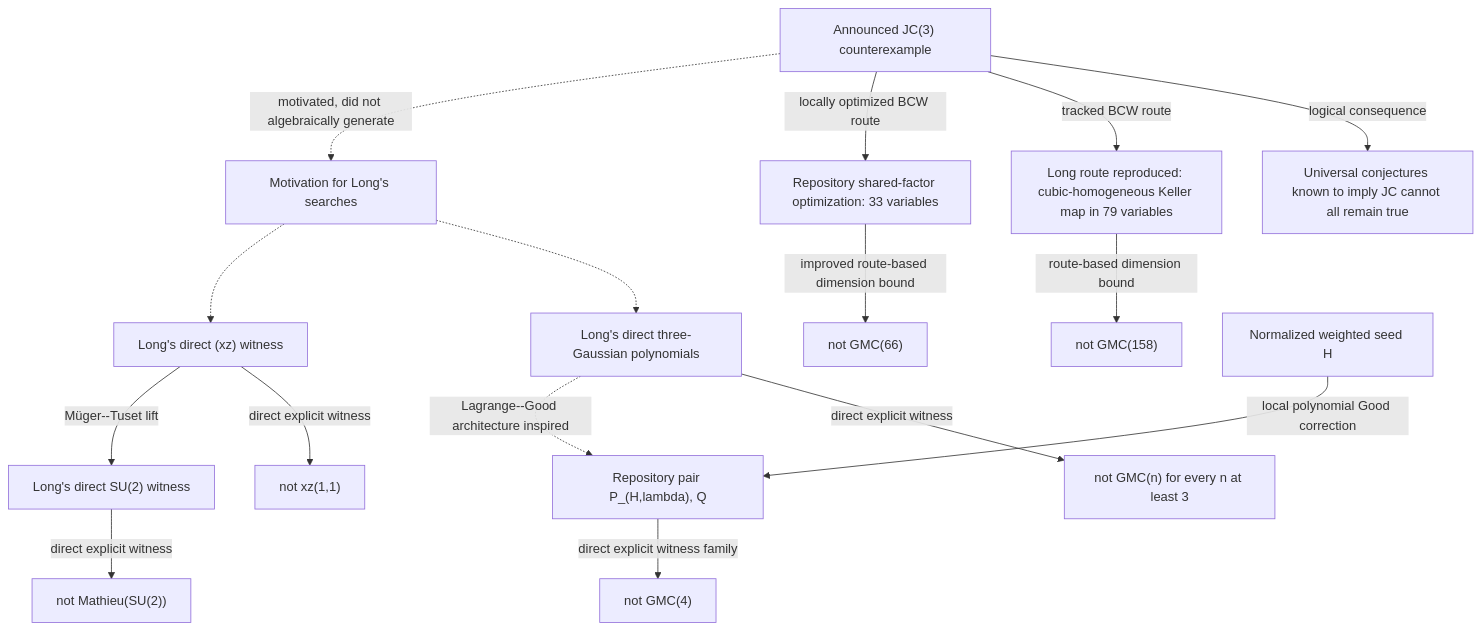
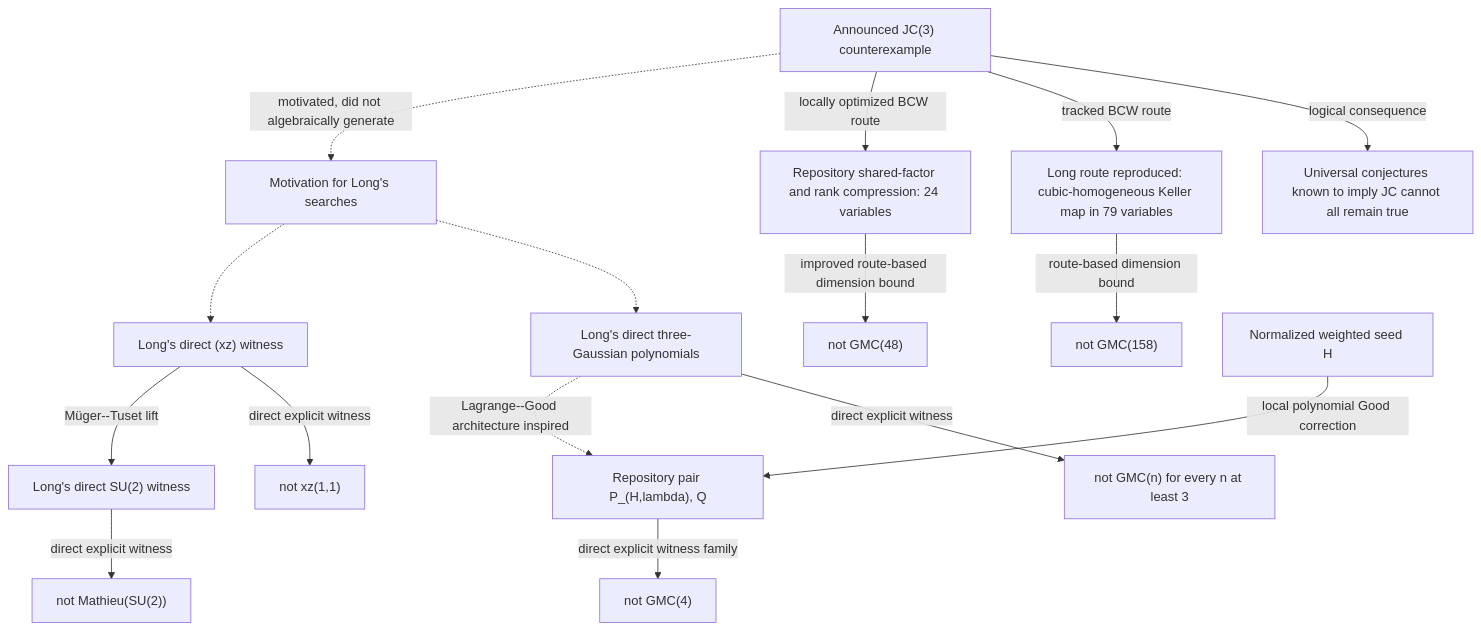
The diagram in extended-geometry/EXTERNAL_CONSEQUENCES_AND_PROVENANCE.md (royvanrijn/jacobian-research), drawn with Mermaid before and after one commit. The commit also changed other lines of this file and 152 other files, not shown here.

````diff
--- a/extended-geometry/EXTERNAL_CONSEQUENCES_AND_PROVENANCE.md
+++ b/extended-geometry/EXTERNAL_CONSEQUENCES_AND_PROVENANCE.md
@@ -21,35 +21,35 @@
 ```mermaid
 flowchart TD
     J["Announced JC(3) counterexample"]
     U["Universal conjectures known to imply JC cannot all remain true"]
     B["Long route reproduced: cubic-homogeneous Keller map in 79 variables"]
     R["not GMC(158)"]
-    BO["Repository shared-factor optimization: 33 variables"]
-    RO["not GMC(66)"]
+    BO["Repository shared-factor and rank compression: 24 variables"]
+    RO["not GMC(48)"]
     M["Motivation for Long's searches"]
     GP["Long's direct three-Gaussian polynomials"]
     G["not GMC(n) for every n at least 3"]
     XP["Long's direct (xz) witness"]
     X["not xz(1,1)"]
     SP["Long's direct SU(2) witness"]
     S["not Mathieu(SU(2))"]
     WH["Normalized weighted seed H"]
     WP["Repository pair P_(H,lambda), Q"]
     WG["not GMC(4)"]
 
     J -->|"logical consequence"| U
     J -->|"tracked BCW route"| B
     B -->|"route-based dimension bound"| R
     J -->|"locally optimized BCW route"| BO
     BO -->|"improved route-based dimension bound"| RO
     J -.->|"motivated, did not algebraically generate"| M
     M -.-> GP
     M -.-> XP
     GP -->|"direct explicit witness"| G
     XP -->|"direct explicit witness"| X
     SP -->|"direct explicit witness"| S
     XP -->|"Müger--Tuset lift"| SP
     WH -->|"local polynomial Good correction"| WP
     WP -->|"direct explicit witness family"| WG
     GP -.->|"Lagrange--Good architecture inspired"| WP
 ```
````
